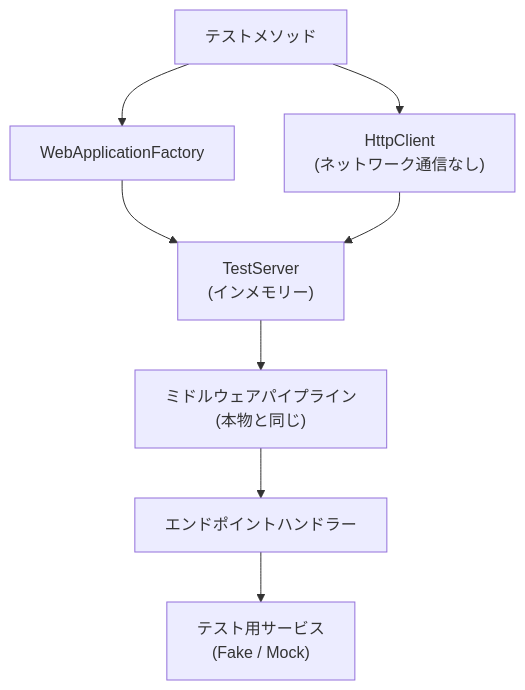
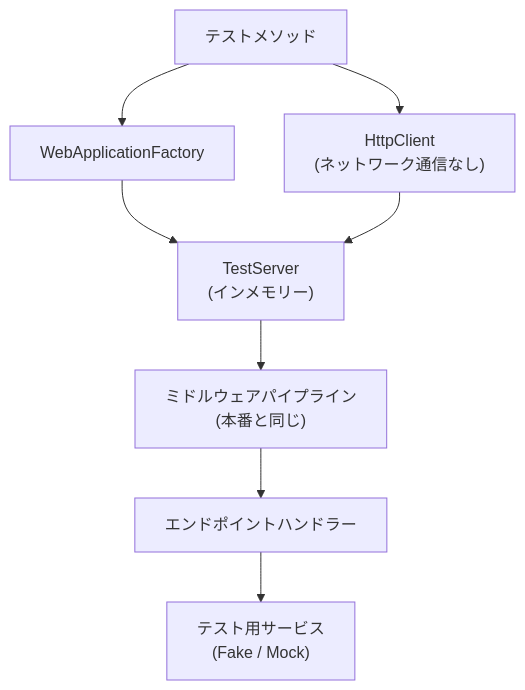
Diagram 19 of 20 in content/blog/ja/aspnet-core-architecture.mdx (yoichiozaki/yoichiozaki.github.io), drawn with Mermaid before and after one commit. The commit also changed other lines of this file and 220 other files, not shown here.

````diff
--- a/content/blog/ja/aspnet-core-architecture.mdx
+++ b/content/blog/ja/aspnet-core-architecture.mdx
@@ -1020,11 +1022,11 @@
 ```mermaid
 graph TD
     Test["テストメソッド"] --> WAF["WebApplicationFactory"]
     WAF --> TestServer["TestServer<br/>(インメモリー)"]
-    TestServer --> Pipeline["ミドルウェアパイプライン<br/>(本物と同じ)"]
+    TestServer --> Pipeline["ミドルウェアパイプライン<br/>(本番と同じ)"]
     Pipeline --> Handler["エンドポイントハンドラー"]
     Handler --> FakeDB["テスト用サービス<br/>(Fake / Mock)"]
 
     Test --> Client["HttpClient<br/>(ネットワーク通信なし)"]
     Client --> TestServer
 ```
````
